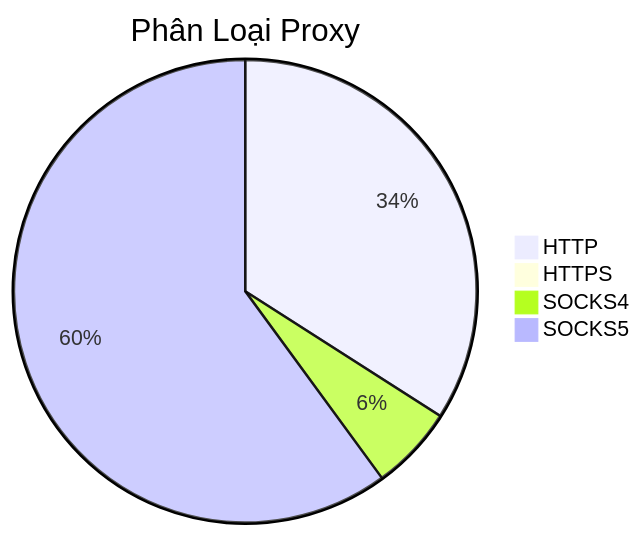
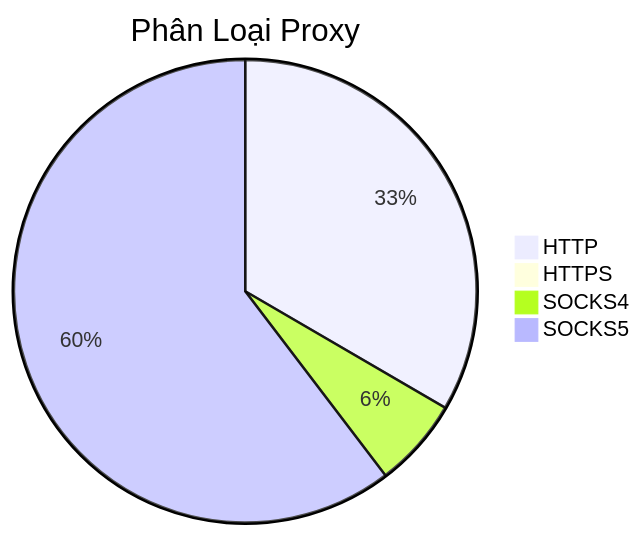
The diagram in README.md (Ciara-Aa/PROXY-free), drawn with Mermaid before and after one commit. The commit also changed other lines of this file and 4 other files, not shown here.

````diff
--- a/README.md
+++ b/README.md
@@ -26,7 +26,7 @@
 ```mermaid
 pie title Phân Loại Proxy
-    "HTTP" : 2110
-    "HTTPS" : 4
-    "SOCKS4" : 365
-    "SOCKS5" : 3721
+    "HTTP" : 2053
+    "HTTPS" : 2
+    "SOCKS4" : 384
+    "SOCKS5" : 3710
 ```
````
